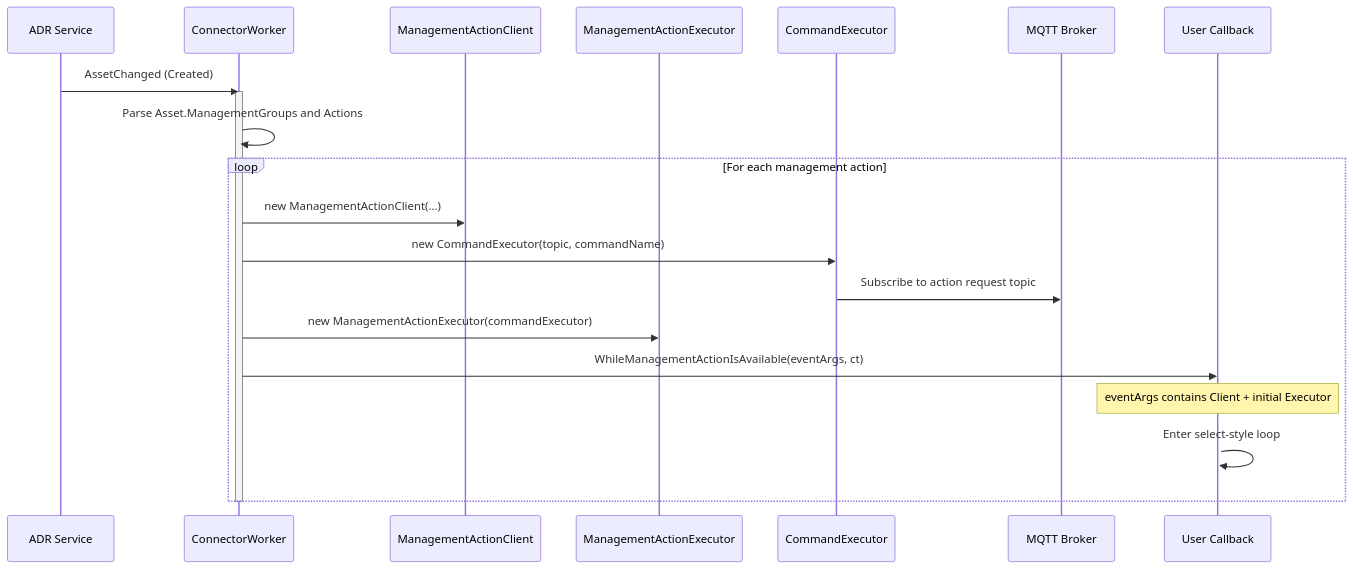
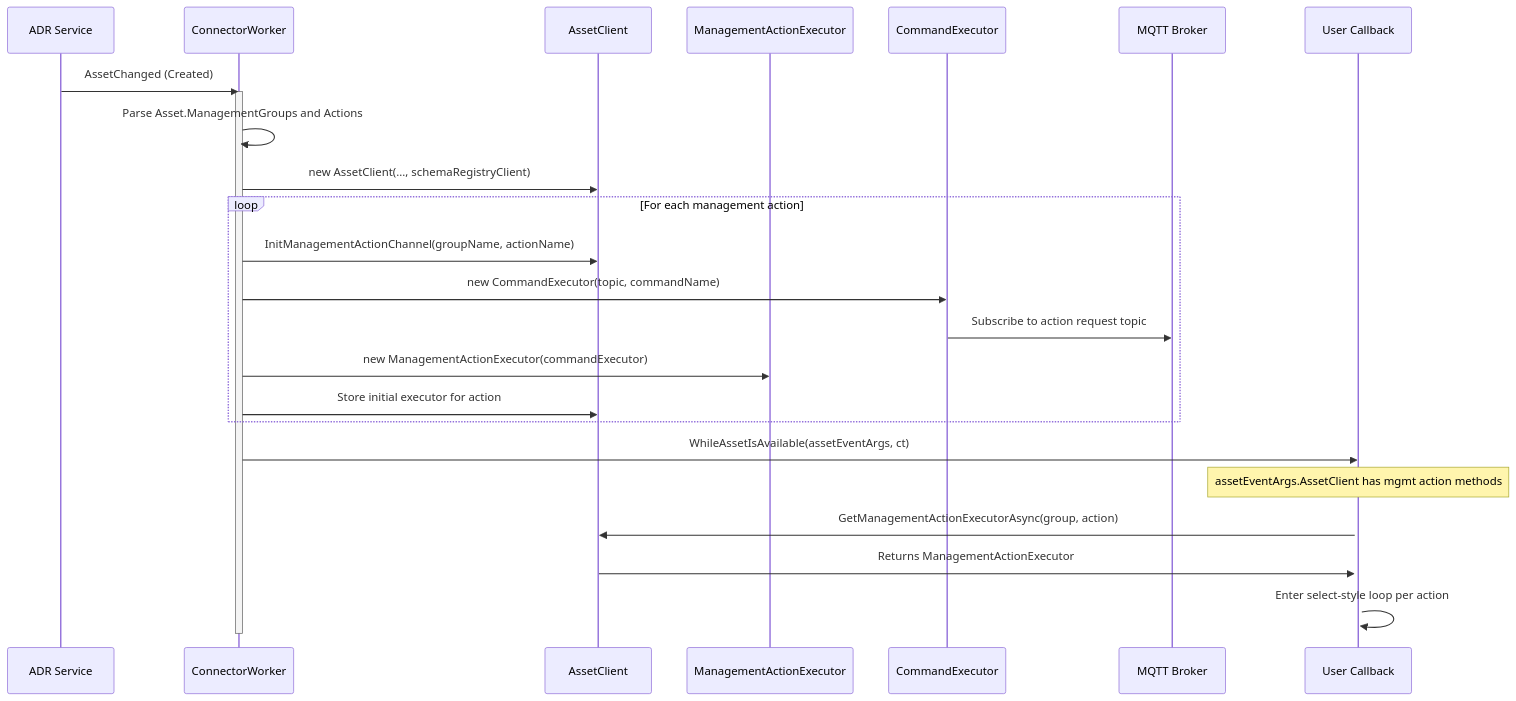
Before and after one commit to Azure/iot-operations-sdks: the third of 10 diagrams in doc/dev/tmp/management-action-implementation-design.md, drawn with Mermaid. The commit also changed other lines of this file and 2 other files, not shown here.

Commit message:
Refactor management action support in .NET SDK

````diff
--- a/doc/dev/tmp/management-action-implementation-design.md
+++ b/doc/dev/tmp/management-action-implementation-design.md
@@ -664,25 +594,29 @@
 ```mermaid
 sequenceDiagram
     participant ADR as ADR Service
     participant CW as ConnectorWorker
-    participant MAC as ManagementActionClient
+    participant AC as AssetClient
     participant MAE as ManagementActionExecutor
     participant CE as CommandExecutor
     participant MQTT as MQTT Broker
     participant User as User Callback
 
     ADR->>CW: AssetChanged (Created)
     activate CW
     CW->>CW: Parse Asset.ManagementGroups and Actions
+    CW->>AC: new AssetClient(..., schemaRegistryClient)
     loop For each management action
-        CW->>MAC: new ManagementActionClient(...)
+        CW->>AC: InitManagementActionChannel(groupName, actionName)
         CW->>CE: new CommandExecutor(topic, commandName)
         CE->>MQTT: Subscribe to action request topic
         CW->>MAE: new ManagementActionExecutor(commandExecutor)
-        CW->>User: WhileManagementActionIsAvailable(eventArgs, ct)
-        activate User
-        Note over User: eventArgs contains Client + initial Executor
-        User->>User: Enter select-style loop
+        CW->>AC: Store initial executor for action
     end
+    CW->>User: WhileAssetIsAvailable(assetEventArgs, ct)
+    activate User
+    Note over User: assetEventArgs.AssetClient has mgmt action methods
+    User->>AC: GetManagementActionExecutorAsync(group, action)
+    AC->>User: Returns ManagementActionExecutor
+    User->>User: Enter select-style loop per action
     deactivate CW
 ```
````
